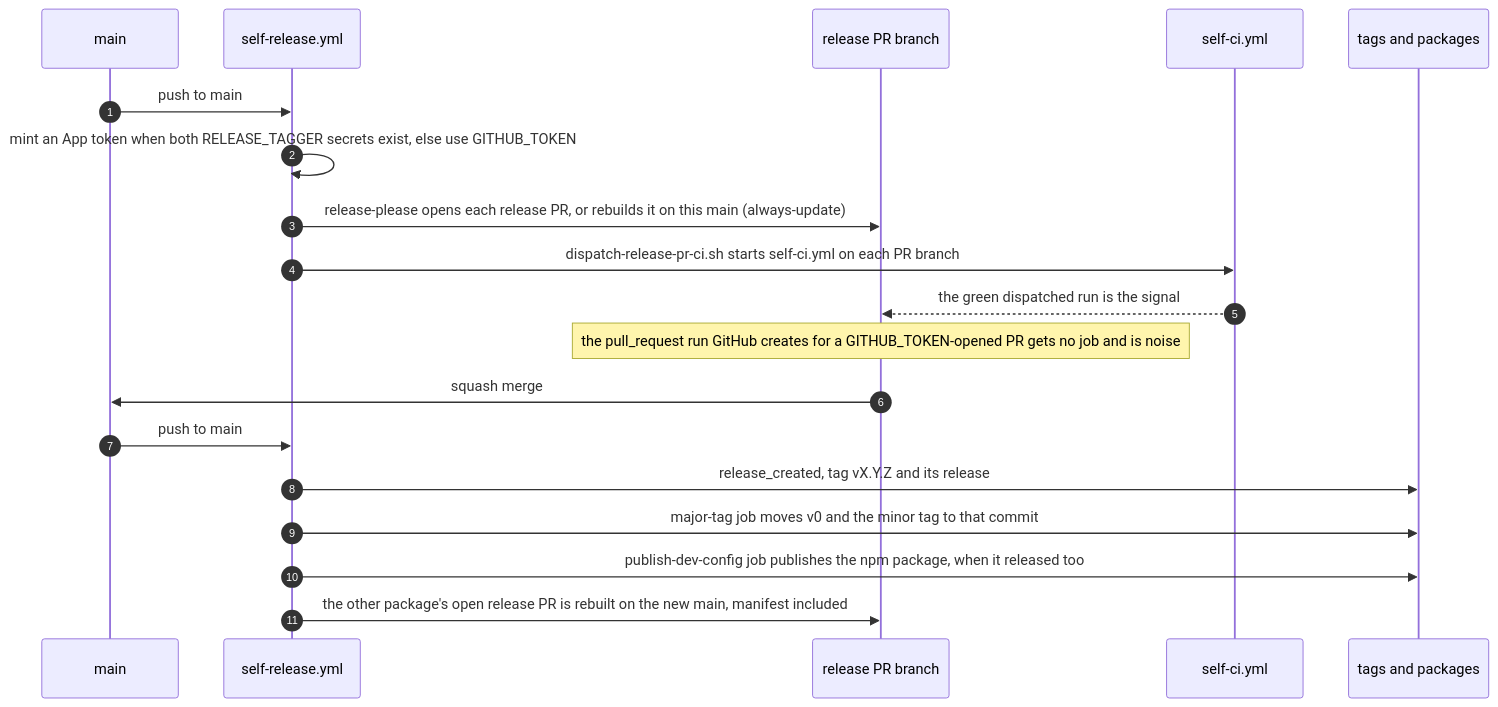
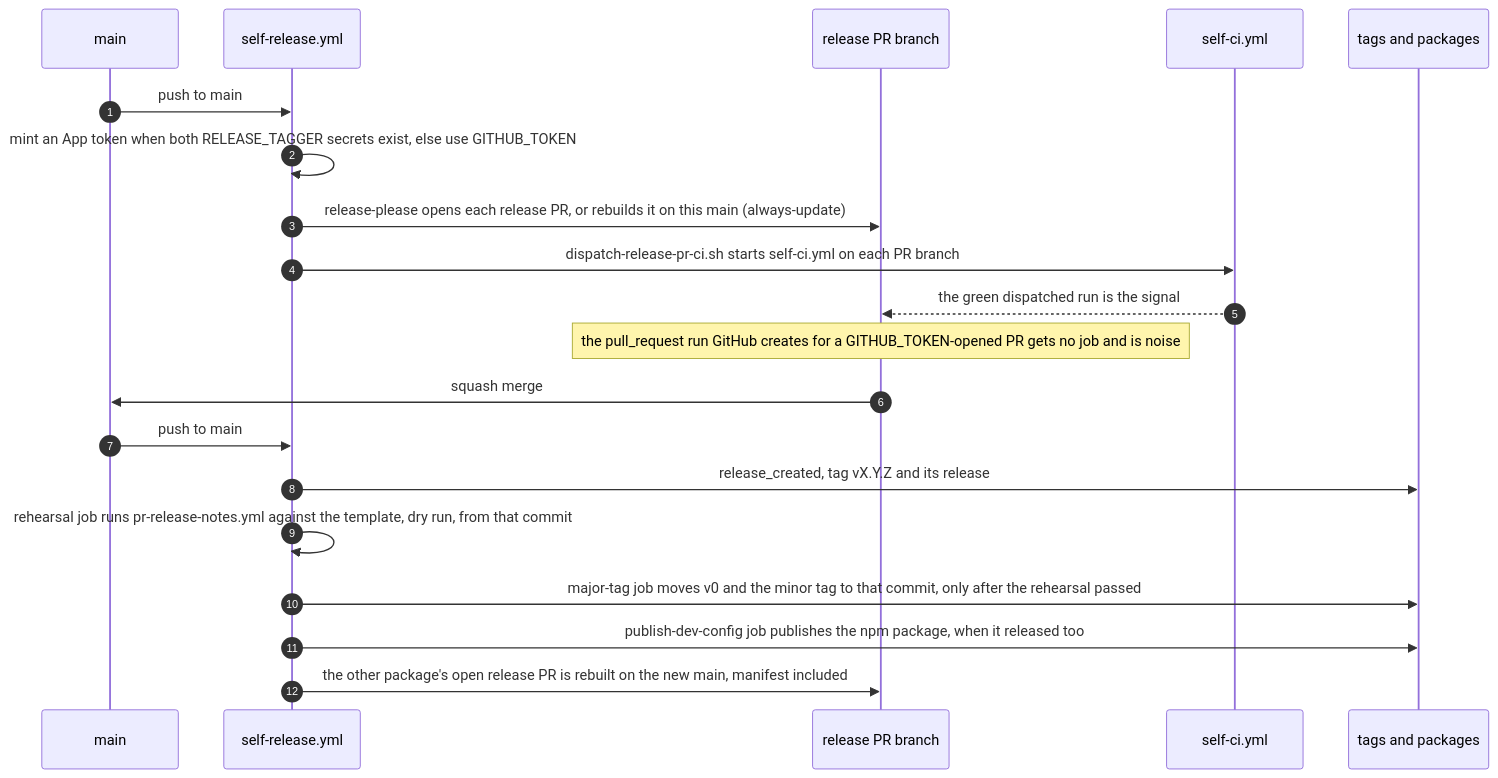
The diagram in AGENTS.md (blinkbitcoin/shared-workflows), drawn with Mermaid before and after one commit. The commit also changed other lines of this file and 17 other files, not shown here.

````diff
--- a/AGENTS.md
+++ b/AGENTS.md
@@ -143,21 +148,22 @@
   ```mermaid
   sequenceDiagram
     autonumber
     participant main as main
     participant rel as self-release.yml
     participant pr as release PR branch
     participant ci as self-ci.yml
     participant tags as tags and packages
     main->>rel: push to main
     rel->>rel: mint an App token when both RELEASE_TAGGER secrets exist, else use GITHUB_TOKEN
     rel->>pr: release-please opens each release PR, or rebuilds it on this main (always-update)
     rel->>ci: dispatch-release-pr-ci.sh starts self-ci.yml on each PR branch
     ci-->>pr: the green dispatched run is the signal
     Note over pr: the pull_request run GitHub creates for a GITHUB_TOKEN-opened PR gets no job and is noise
     pr->>main: squash merge
     main->>rel: push to main
     rel->>tags: release_created, tag vX.Y.Z and its release
-    rel->>tags: major-tag job moves v0 and the minor tag to that commit
+    rel->>rel: rehearsal job runs pr-release-notes.yml against the template, dry run, from that commit
+    rel->>tags: major-tag job moves v0 and the minor tag to that commit, only after the rehearsal passed
     rel->>tags: publish-dev-config job publishes the npm package, when it released too
     rel->>pr: the other package's open release PR is rebuilt on the new main, manifest included
   ```
````
